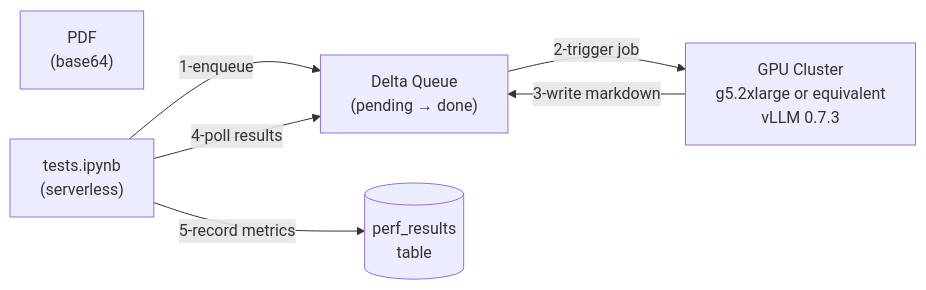
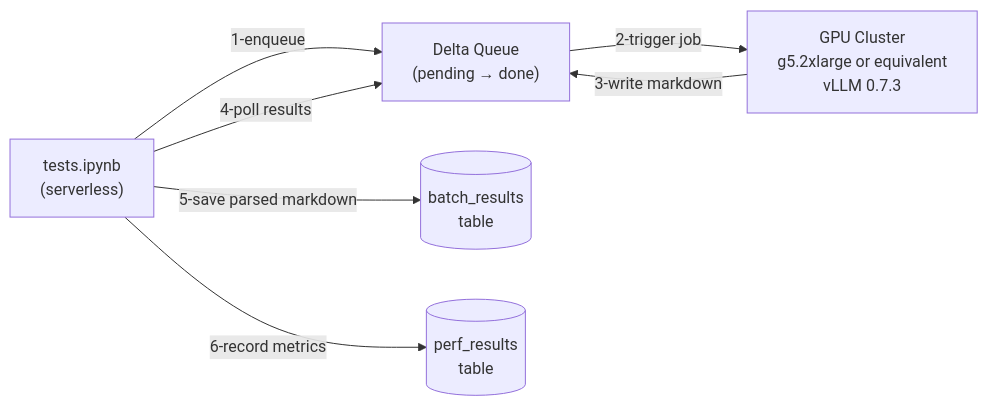
The first of 2 diagrams in README.md (manganganath/doc_parsing_mineru_vllm_databricks), drawn with Mermaid before and after one commit. The commit also changed other lines of this file, not shown here.

Commit message:
Update architecture diagrams to show parsed results tables

````diff
--- a/README.md
+++ b/README.md
@@ -16,14 +16,15 @@
 ```mermaid
 flowchart LR
-    PDF["PDF<br/>(base64)"]
     Tests["tests.ipynb<br/>(serverless)"]
     Queue["Delta Queue<br/>(pending → done)"]
     GPU["GPU Cluster<br/>g5.2xlarge or equivalent<br/>vLLM 0.7.3"]
+    Results[("batch_results<br/>table")]
     Perf[("perf_results<br/>table")]
 
     Tests -- "1-enqueue" --> Queue
     Queue -- "2-trigger job" --> GPU
     GPU -- "3-write markdown" --> Queue
     Tests -- "4-poll results" --> Queue
-    Tests -- "5-record metrics" --> Perf
+    Tests -- "5-save parsed markdown" --> Results
+    Tests -- "6-record metrics" --> Perf
 ```
````
